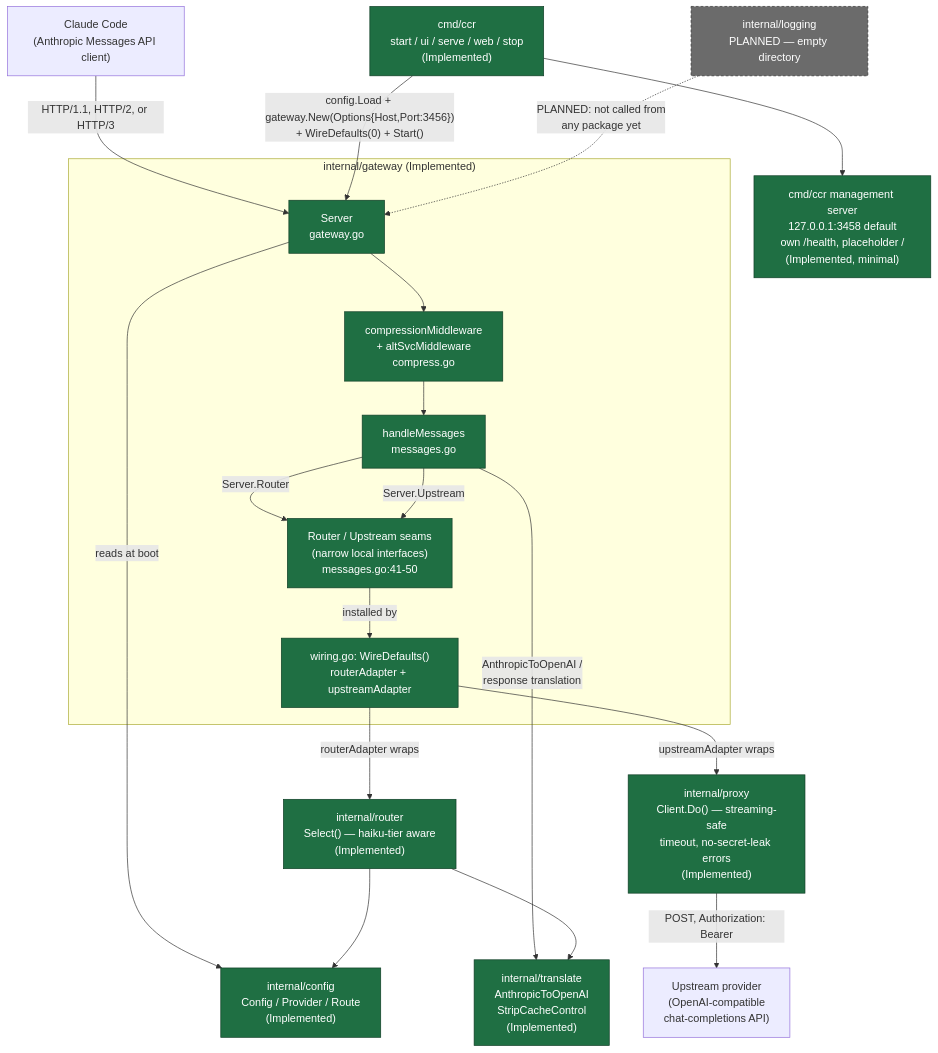
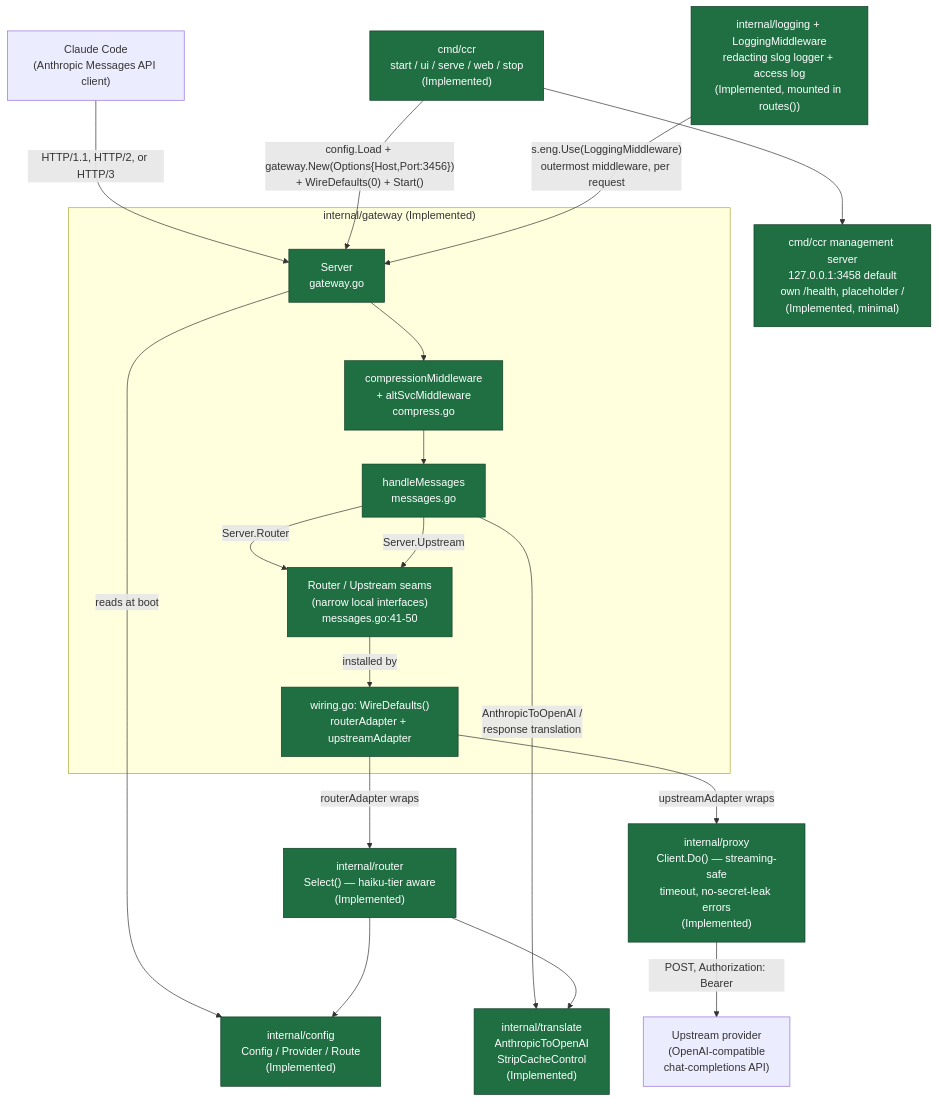
The first of 7 diagrams in docs/ARCHITECTURE.md (vasic-digital/claude-code-router), drawn with Mermaid before and after one commit. The commit also changed other lines of this file and 7 other files, not shown here.

````diff
--- a/docs/ARCHITECTURE.md
+++ b/docs/ARCHITECTURE.md
@@ -7,44 +7,43 @@
 ```mermaid
 graph TD
     CC["Claude Code<br/>(Anthropic Messages API client)"]
     CCR["cmd/ccr<br/>start / ui / serve / web / stop<br/>(Implemented)"]
     MGMT["cmd/ccr management server<br/>127.0.0.1:3458 default<br/>own /health, placeholder /<br/>(Implemented, minimal)"]
 
     subgraph gw["internal/gateway (Implemented)"]
         Server["Server<br/>gateway.go"]
         Compress["compressionMiddleware<br/>+ altSvcMiddleware<br/>compress.go"]
         Handler["handleMessages<br/>messages.go"]
         Seams["Router / Upstream seams<br/>(narrow local interfaces)<br/>messages.go:41-50"]
         Wiring["wiring.go: WireDefaults()<br/>routerAdapter + upstreamAdapter"]
     end
 
     Config["internal/config<br/>Config / Provider / Route<br/>(Implemented)"]
     Translate["internal/translate<br/>AnthropicToOpenAI<br/>StripCacheControl<br/>(Implemented)"]
     Router["internal/router<br/>Select() — haiku-tier aware<br/>(Implemented)"]
     Proxy["internal/proxy<br/>Client.Do() — streaming-safe<br/>timeout, no-secret-leak errors<br/>(Implemented)"]
-    Logging["internal/logging<br/>PLANNED — empty directory"]
+    Logging["internal/logging + LoggingMiddleware<br/>redacting slog logger + access log<br/>(Implemented, mounted in routes())"]
     Upstream["Upstream provider<br/>(OpenAI-compatible<br/>chat-completions API)"]
 
     CC -- "HTTP/1.1, HTTP/2, or HTTP/3" --> Server
     CCR -- "config.Load + gateway.New(Options{Host,Port:3456})<br/>+ WireDefaults(0) + Start()" --> Server
     CCR --> MGMT
     Server --> Compress
     Compress --> Handler
     Server -- "reads at boot" --> Config
     Handler -- "Server.Router" --> Seams
     Handler -- "Server.Upstream" --> Seams
     Handler -- "AnthropicToOpenAI /<br/>response translation" --> Translate
     Seams -- "installed by" --> Wiring
     Wiring -- "routerAdapter wraps" --> Router
     Wiring -- "upstreamAdapter wraps" --> Proxy
     Proxy -- "POST, Authorization: Bearer" --> Upstream
     Router --> Config
     Router --> Translate
 
-    Logging -. "PLANNED: not called from<br/>any package yet" .-> Server
+    Logging -- "s.eng.Use(LoggingMiddleware)<br/>outermost middleware, per request" --> Server
 
     classDef implemented fill:#1f6f43,stroke:#0f3d25,color:#fff;
     classDef planned fill:#6b6b6b,stroke:#333,color:#fff,stroke-dasharray: 4 3;
-    class Server,Compress,Handler,Seams,Wiring,Config,Translate,Router,Proxy,CCR,MGMT implemented;
-    class Logging planned;
+    class Server,Compress,Handler,Seams,Wiring,Config,Translate,Router,Proxy,CCR,MGMT,Logging implemented;
 ```
````
